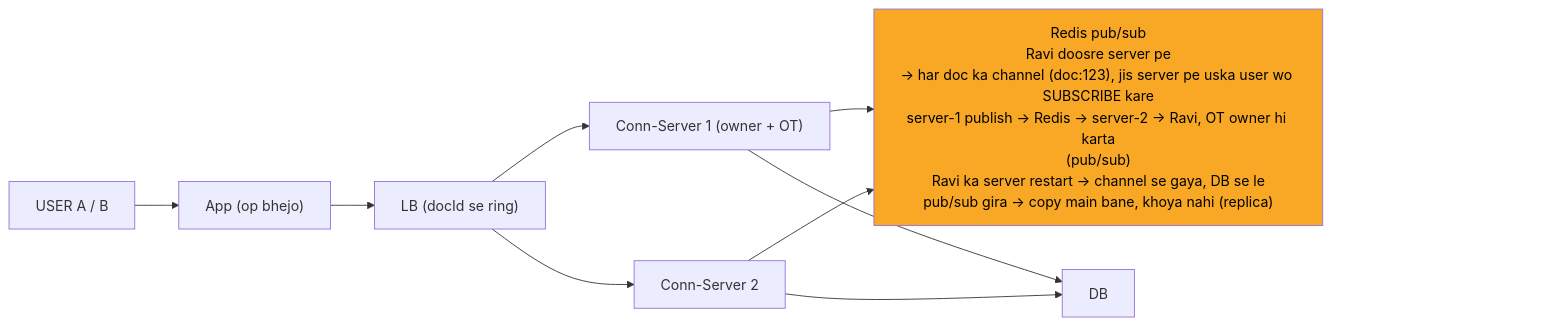
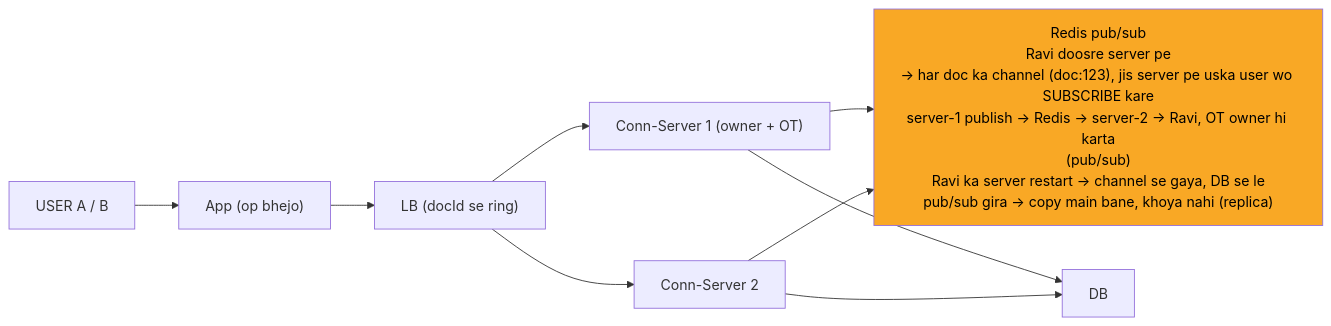
Before and after one commit to ArpanMaheshwari144/Prep: the sixth of 10 diagrams in 04_HLD/SYSTEM_DESIGNS/11_google_docs_collab/11_google_docs_collab.md, drawn with Mermaid. The commit also changed other lines of this file and 182 other files, not shown here.

Commit message:
hld 14 file: har diagram mermaid-cli se SVG image (source details me), n_pad hataya, render tool 04_HLD/tools

````diff
--- a/04_HLD/SYSTEM_DESIGNS/11_google_docs_collab/11_google_docs_collab.md
+++ b/04_HLD/SYSTEM_DESIGNS/11_google_docs_collab/11_google_docs_collab.md
@@ -234,23 +258,20 @@
 ```mermaid
 %%{init: {"flowchart": {"wrappingWidth": 450}}}%%
 flowchart LR
     n_USER["USER A / B"]
     n_App["App (op bhejo)"]
     n_LB["LB (docId se ring)"]
     n_CS1["Conn-Server 1 (owner + OT)"]
     n_CS2["Conn-Server 2"]
     n_PS["Redis pub/sub<br/>Ravi doosre server pe<br/>-> har doc ka channel (doc:123), jis server pe uska user wo SUBSCRIBE kare<br/>server-1 publish -> Redis -> server-2 -> Ravi, OT owner hi karta<br/>(pub/sub)<br/>Ravi ka server restart -> channel se gaya, DB se le<br/>pub/sub gira -> copy main bane, khoya nahi (replica)"]
     n_DB["DB"]
     n_USER --> n_App
     n_App --> n_LB
     n_LB --> n_CS1
     n_LB --> n_CS2
     n_CS1 --> n_PS
     n_CS2 --> n_PS
     n_CS1 --> n_DB
     n_CS2 --> n_DB
-    n_pad["xxxxxxxxxxxxxxxx"]
-    n_PS ~~~ n_pad
     style n_PS fill:#f9a825,color:#000
-    style n_pad fill:none,stroke:none,color:#ffffff00
 ```
````
